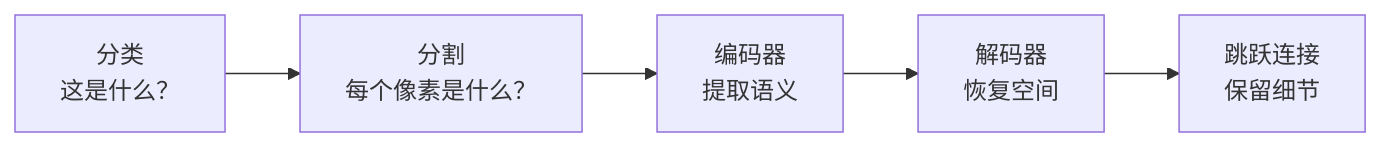
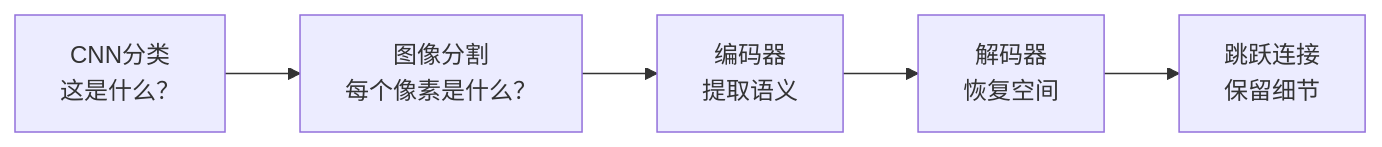
The diagram in source/unet-image-segmentation/index.md (ulink-deep-learning-club/ulink-deeplearningclub-handouts), drawn with Mermaid before and after one commit. The commit also changed other lines of this file and 6 other files, not shown here.

````diff
--- a/source/unet-image-segmentation/index.md
+++ b/source/unet-image-segmentation/index.md
@@ -40,7 +38,7 @@
 ```{mermaid}
 graph LR
-    A["分类<br/>这是什么？"] --> B["分割<br/>每个像素是什么？"]
-    B --> C["编码器<br/>提取语义"]
-    C --> D["解码器<br/>恢复空间"]
-    D --> E["跳跃连接<br/>保留细节"]
+    A[CNN分类<br/>这是什么？] --> B[图像分割<br/>每个像素是什么？]
+    B --> C[编码器<br/>提取语义]
+    C --> D[解码器<br/>恢复空间]
+    D --> E[跳跃连接<br/>保留细节]
 ```
````
